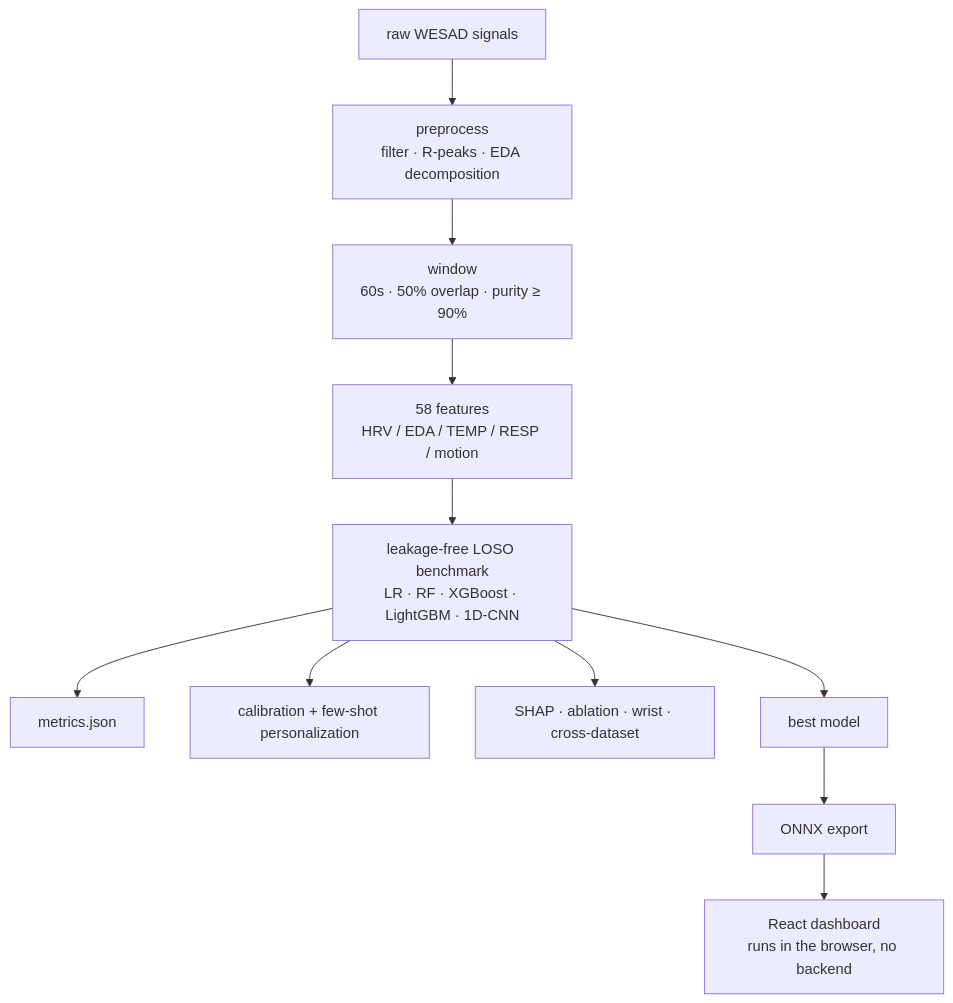
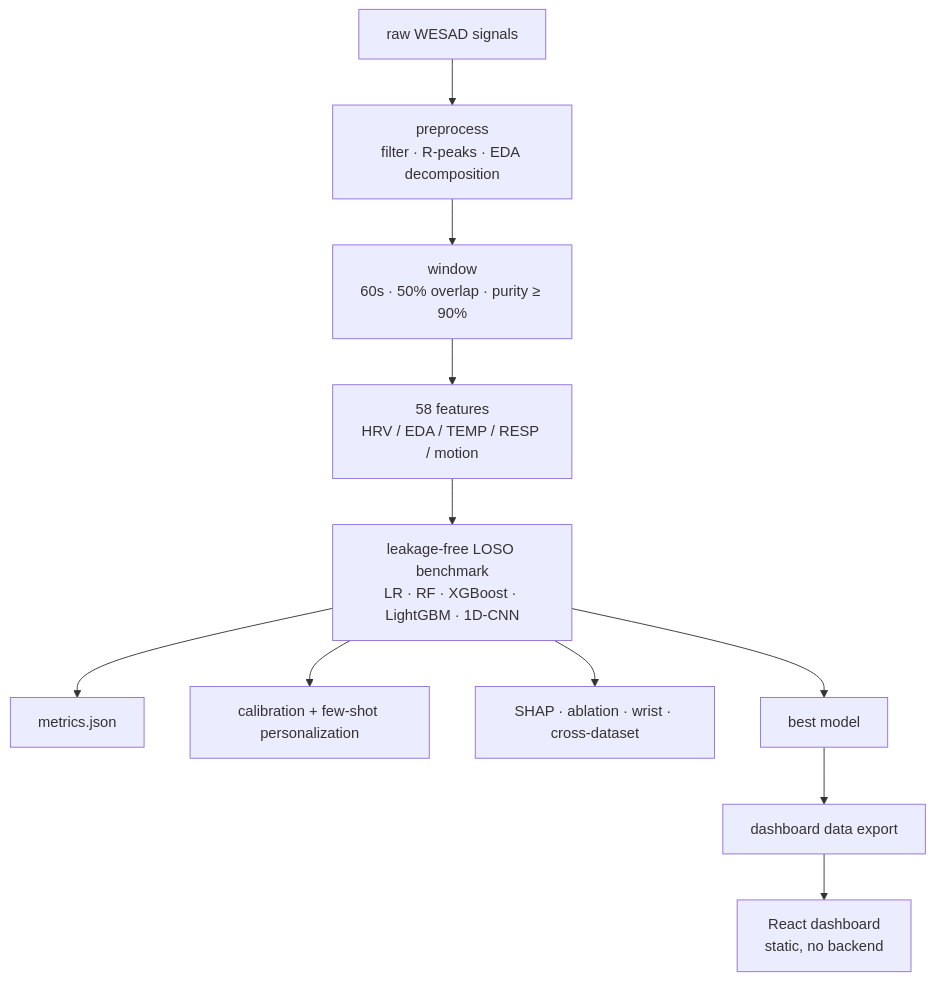
The diagram in docs/ARCHITECTURE.md (urmeo/CalmSense), drawn with Mermaid before and after one commit. The commit also changed other lines of this file and 26 other files, not shown here.

Commit message:
remove onnx export path

````diff
--- a/docs/ARCHITECTURE.md
+++ b/docs/ARCHITECTURE.md
@@ -32,13 +32,13 @@
 ```mermaid
 flowchart TD
     A[raw WESAD signals] --> B[preprocess<br/>filter · R-peaks · EDA decomposition]
     B --> C[window<br/>60s · 50% overlap · purity ≥ 90%]
     C --> D[58 features<br/>HRV / EDA / TEMP / RESP / motion]
     D --> E[leakage-free LOSO benchmark<br/>LR · RF · XGBoost · LightGBM · 1D-CNN]
     E --> F[metrics.json]
     E --> G[calibration + few-shot personalization]
     E --> H[SHAP · ablation · wrist · cross-dataset]
     E --> I[best model]
-    I --> J[ONNX export]
-    J --> K[React dashboard<br/>runs in the browser, no backend]
+    I --> J[dashboard data export]
+    J --> K[React dashboard<br/>static, no backend]
 ```
````
